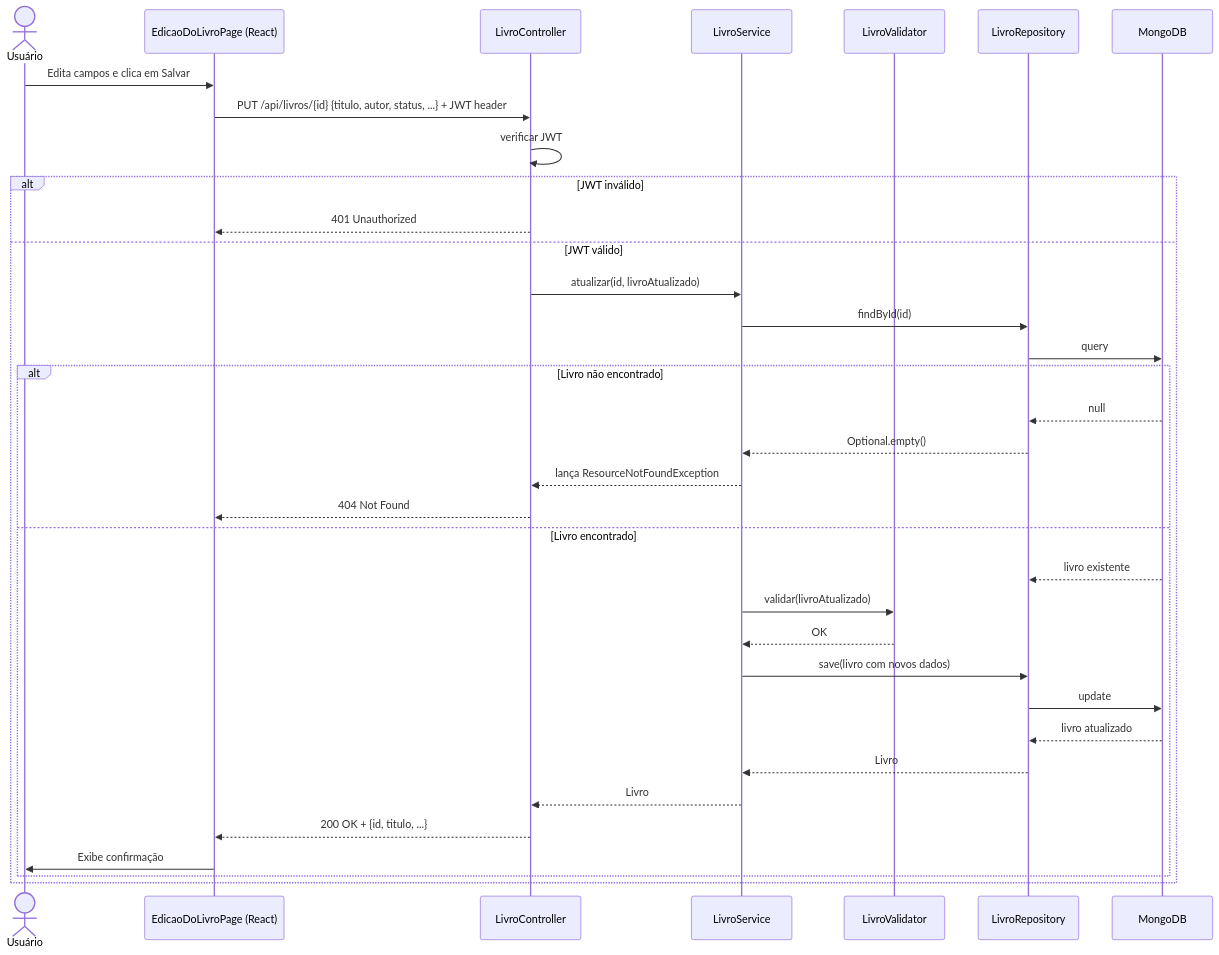
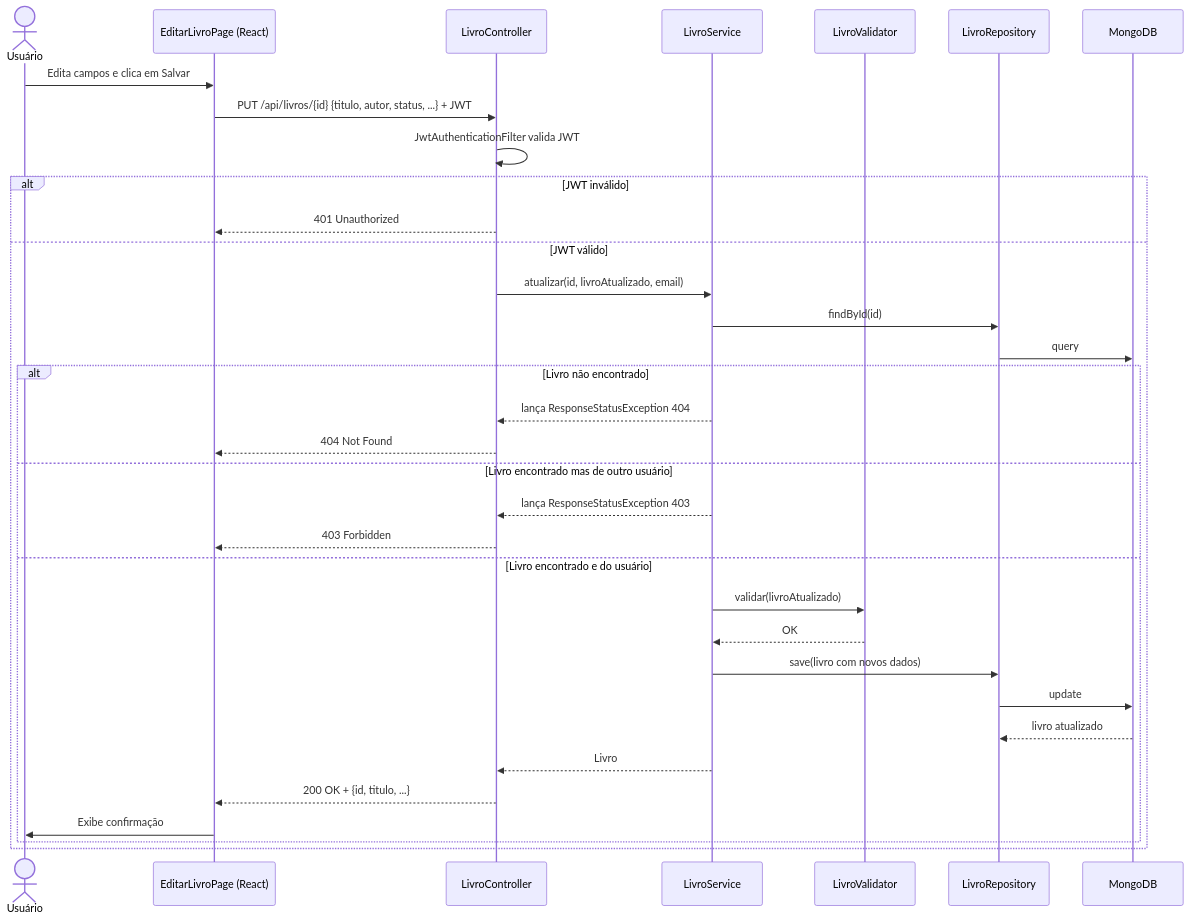
Before and after one commit to limmuz/biblioteca: the sixth of 20 diagrams in RTM.md, drawn with Mermaid. The commit also changed other lines of this file and 47 other files, not shown here.

````diff
--- a/RTM.md
+++ b/RTM.md
@@ -224,38 +225,37 @@
 ```mermaid
 sequenceDiagram
     actor U as Usuário
-    participant F as EdicaoDoLivroPage (React)
+    participant F as EditarLivroPage (React)
     participant L as LivroController
     participant S as LivroService
     participant V as LivroValidator
     participant R as LivroRepository
     participant M as MongoDB
 
     U->>F: Edita campos e clica em Salvar
-    F->>L: PUT /api/livros/{id} {titulo, autor, status, ...} + JWT header
-    L->>L: verificar JWT
+    F->>L: PUT /api/livros/{id} {titulo, autor, status, ...} + JWT
+    L->>L: JwtAuthenticationFilter valida JWT
     alt JWT inválido
         L-->>F: 401 Unauthorized
     else JWT válido
-        L->>S: atualizar(id, livroAtualizado)
+        L->>S: atualizar(id, livroAtualizado, email)
         S->>R: findById(id)
         R->>M: query
         alt Livro não encontrado
-            M-->>R: null
-            R-->>S: Optional.empty()
-            S-->>L: lança ResourceNotFoundException
+            S-->>L: lança ResponseStatusException 404
             L-->>F: 404 Not Found
-        else Livro encontrado
-            M-->>R: livro existente
+        else Livro encontrado mas de outro usuário
+            S-->>L: lança ResponseStatusException 403
+            L-->>F: 403 Forbidden
+        else Livro encontrado e do usuário
             S->>V: validar(livroAtualizado)
             V-->>S: OK
             S->>R: save(livro com novos dados)
             R->>M: update
             M-->>R: livro atualizado
-            R-->>S: Livro
             S-->>L: Livro
             L-->>F: 200 OK + {id, titulo, ...}
             F->>U: Exibe confirmação
         end
     end
 ```
````
